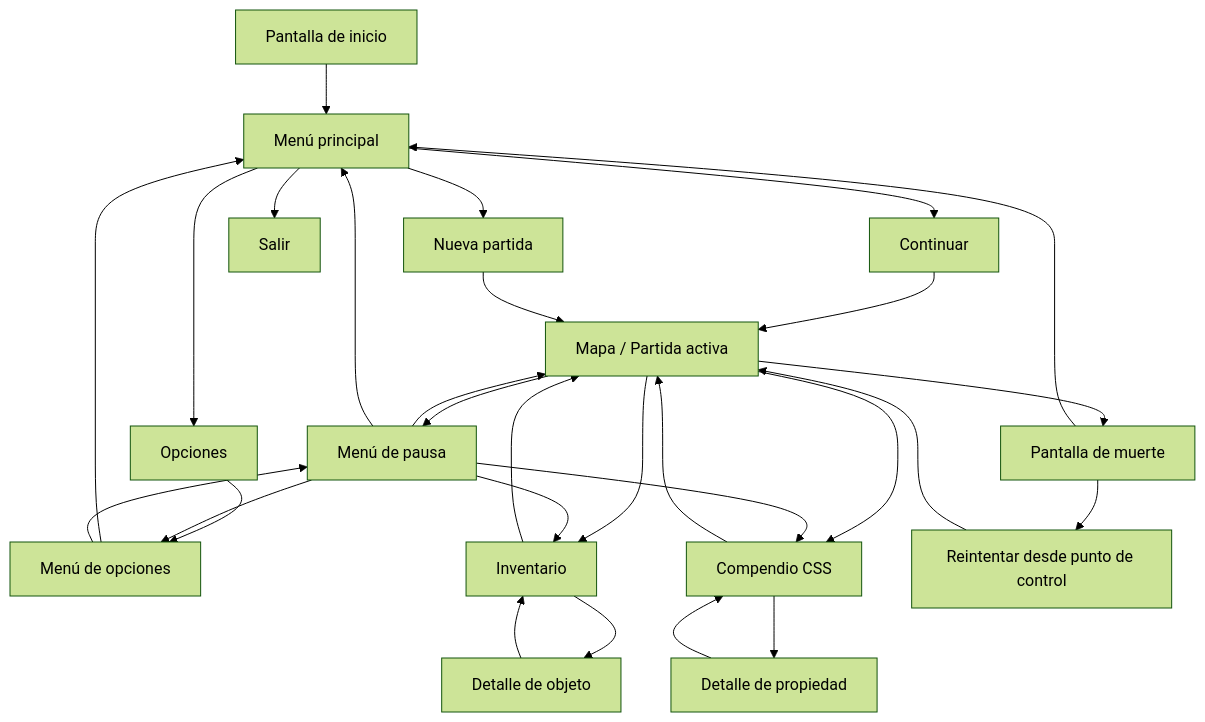
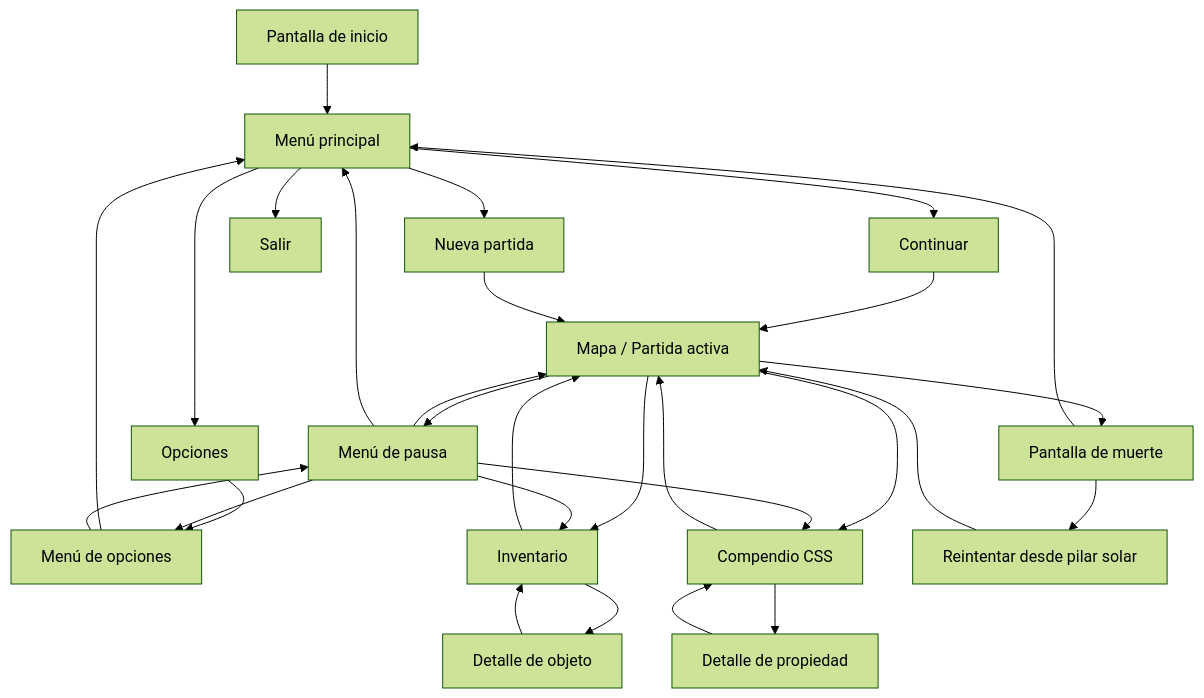
One commit to Jonathan-Bello/GDD-CSS changed the first of 4 diagrams in src/content/interfaz/menus.md. Above: the diagram before and after it, drawn with Mermaid (forest theme). The commit also changed other lines of this file and 64 other files, not shown here.

````diff
--- a/src/content/interfaz/menus.md
+++ b/src/content/interfaz/menus.md
@@ -29,39 +29,39 @@
 ```mermaid
 flowchart TD
     A[Pantalla de inicio] --> B[Menú principal]
 
     B --> C[Continuar]
     B --> D[Nueva partida]
     B --> E[Opciones]
     B --> F[Salir]
 
     C --> G[Mapa / Partida activa]
     D --> G
     E --> H[Menú de opciones]
 
     G --> I[Menú de pausa]
     G --> J[Inventario]
     G --> K[Compendio CSS]
     G --> L[Pantalla de muerte]
 
     I --> G
     I --> J
     I --> K
     I --> H
     I --> B
 
     J --> M[Detalle de objeto]
     M --> J
     J --> G
 
     K --> N[Detalle de propiedad]
     N --> K
     K --> G
 
     H --> B
     H --> I
 
-    L --> O[Reintentar desde punto de control]
+    L --> O[Reintentar desde pilar solar]
     L --> B
     O --> G
 ```
````
